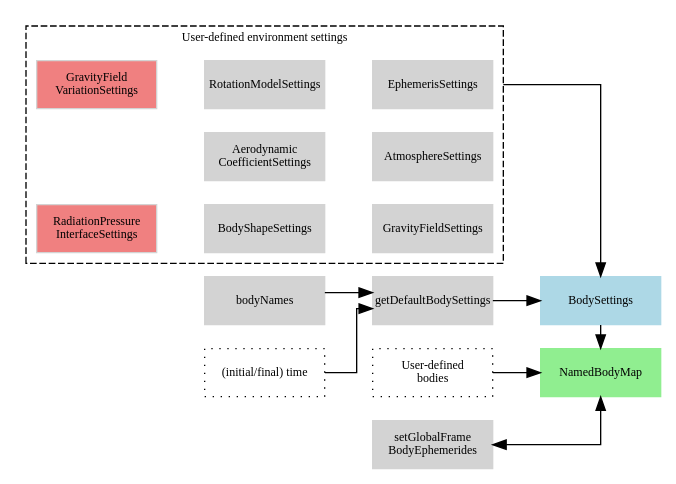
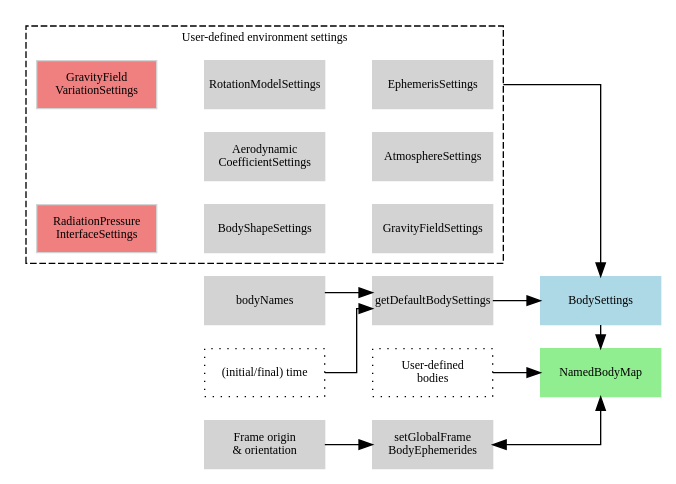
One commit to Tudat/tudat changed the first of 2 diagrams in tutorials/tudatFeatures/environmentSetup/index.rst. Above: the diagram before and after it, drawn with Graphviz. The commit also changed other lines of this file, not shown here.

Commit message:
Link fix

```diff
--- a/tutorials/tudatFeatures/environmentSetup/index.rst
+++ b/tutorials/tudatFeatures/environmentSetup/index.rst
@@ -9,78 +9,78 @@
 .. graphviz::
 
    digraph
    {
       # General diagram settings
       rankdir = "LR";
       splines = ortho;    
       compound = true;  
 
 
       # general node settings 
       node [shape = box, style = filled, width = 1.25, fixedsize = true, color = lightgrey, fontname = FontAwesome, fontsize = 9];
 
 
       # specific node color settings
       NamedBodyMap [color = lightgreen];
       BodySettings [color = lightblue];
 
 
       # Hyperlinks (Sphinx auto referencing not working here, need to link to exact web adres)
       "GravityField\nVariationSettings" [href = "http://tudat.tudelft.nl/tutorials/tudatFeatures/environmentSetup/index.html#GravityFieldVariationSettings", target = "_top"];
-      "RotationModelSettings" [href = "http://tudat.tudelft.nl/tutorials/tudatFeatures/environmentSetup/index.html#RotationalModelSettings", target = "_top"];
-      "Aerodynamic\nCoefficientSettings" [href = "http://tudat.tudelft.nl/tutorials/tudatFeatures/environmentSetup/index.html#AeroDynamicCoefficientSettings", target = "_top"];
+      "RotationModelSettings" [href = "http://tudat.tudelft.nl/tutorials/tudatFeatures/environmentSetup/index.html#RotationModelSettings", target = "_top"];
+      "Aerodynamic\nCoefficientSettings" [href = "http://tudat.tudelft.nl/tutorials/tudatFeatures/environmentSetup/index.html#AerodynamicCoefficientSettings", target = "_top"];
       "BodyShapeSettings" [href = "http://tudat.tudelft.nl/tutorials/tudatFeatures/environmentSetup/index.html#BodyShapeSettings", target = "_top"];
       "RadiationPressure\nInterfaceSettings" [href = "http://tudat.tudelft.nl/tutorials/tudatFeatures/environmentSetup/index.html#RadiationPressureInterfaceSettings", target = "_top"];
       "AtmosphereSettings" [href = "http://tudat.tudelft.nl/tutorials/tudatFeatures/environmentSetup/index.html#AtmosphereSettings", target = "_top"];
       "GravityFieldSettings" [href = "http://tudat.tudelft.nl/tutorials/tudatFeatures/environmentSetup/index.html#GravityFieldSettings", target = "_top"];
       "EphemerisSettings" [href = "http://tudat.tudelft.nl/tutorials/tudatFeatures/environmentSetup/index.html#EphemerisSettings", target = "_top"];
       BodySettings [href = "http://tudat.tudelft.nl/tutorials/tudatFeatures/environmentSetup/index.html#BodySettings", target = "_top"];
       NamedBodyMap [href = "http://tudat.tudelft.nl/tutorials/tudatFeatures/environmentSetup/index.html#NamedBodyMap", target = "_top"];
 
 
       # NamedBodyMap input
       BodySettings -> NamedBodyMap;
       "User-defined \nbodies" [style = dotted, fillcolor = lightgrey, color = black];
       "User-defined \nbodies" -> NamedBodyMap;
       {rank = same; BodySettings, NamedBodyMap};
 
 
       # BodySettings input
       EphemerisSettings -> BodySettings [ltail = clusterEnvironmentSettings];
       getDefaultBodySettings -> BodySettings;
       
 
       # getDefaultBodySettings input
       bodyNames -> getDefaultBodySettings;
       "(initial/final) time" -> getDefaultBodySettings;
       "(initial/final) time" [style = dotted, fillcolor = lightgrey, color = black];
 
 		#point0 [shape = point, style = vis, width = 0.1];
       #point0 -> "setGlobalFrame\nBodyEphemerides";
       #point0 -> "NamedBodyMap"; 
       #BodySettings -> point0;
 
       # Cluster all environment settings derived classes
       subgraph clusterEnvironmentSettings
       {
          # cluster settings
          label = "User-defined environment settings";
          fontsize = 9;
          style = dashed;
          rank = min;
 
          # Make three collumns
          {rank = same; AtmosphereSettings, EphemerisSettings, GravityFieldSettings};
          {rank = same; "GravityField\nVariationSettings", "RadiationPressure\nInterfaceSettings"};
          {rank = same; "Aerodynamic\nCoefficientSettings", BodyShapeSettings, RotationModelSettings};
 
          BodyShapeSettings -> EphemerisSettings [style = invis];
          "RadiationPressure\nInterfaceSettings" -> BodyShapeSettings [style = invis];
          "GravityField\nVariationSettings" -> RotationModelSettings [style = invis];
       }
       "setGlobalFrame\nBodyEphemerides" -> NamedBodyMap [dir = both];
-
+      "Frame origin\n& orientation" -> "setGlobalFrame\nBodyEphemerides";
 		
 		
       {"RadiationPressure\nInterfaceSettings", "GravityField\nVariationSettings" [fillcolor = lightcoral]};
    }
```
